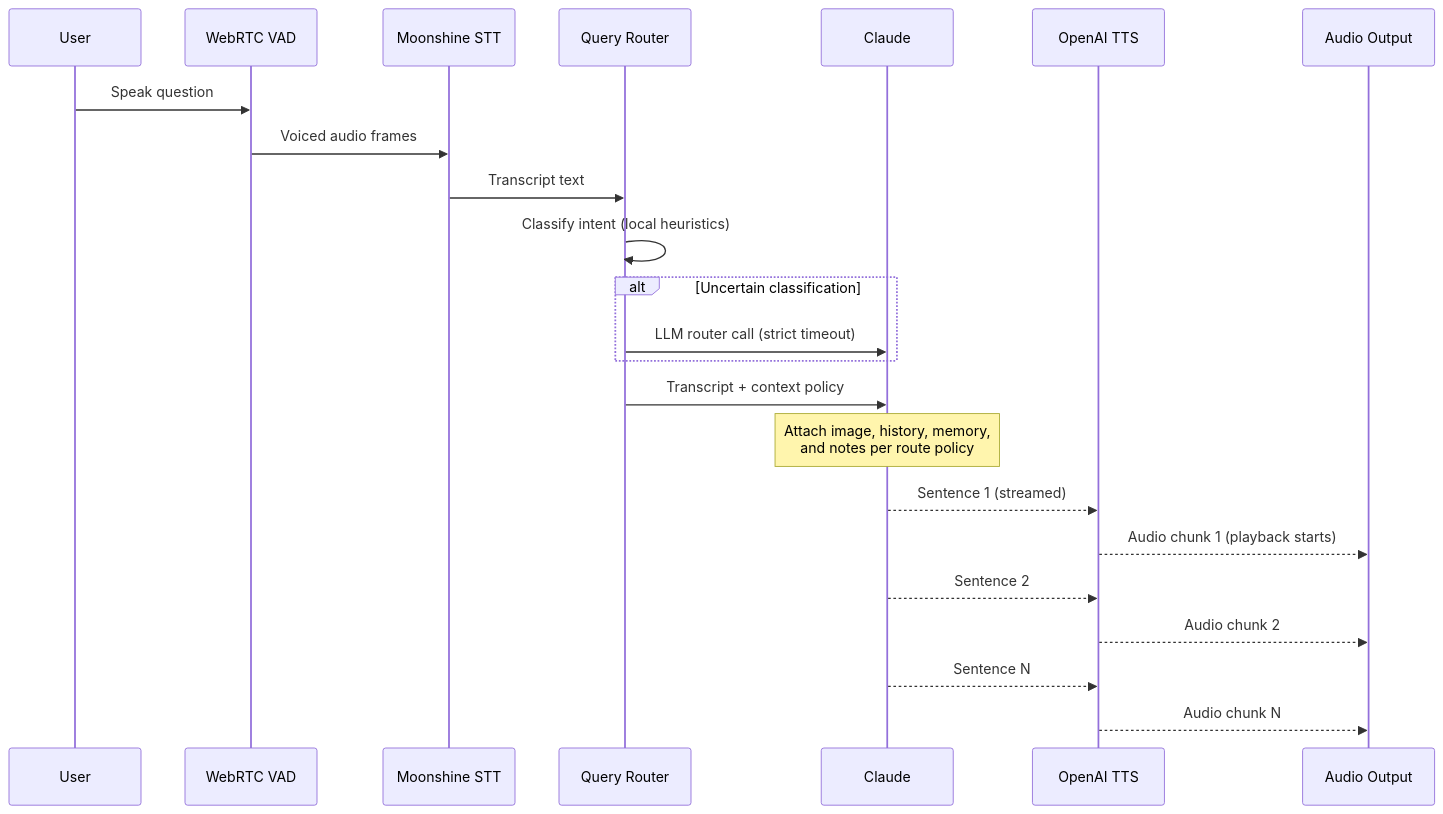
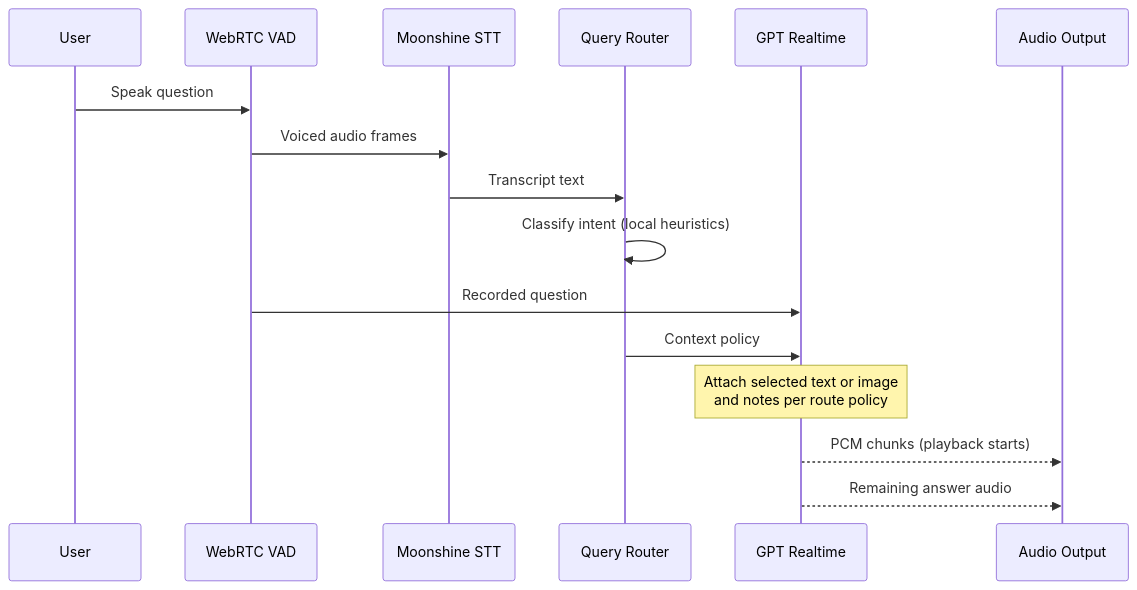
Before and after one commit to bgigurtsis/Klaus: the second of 2 diagrams in README.md, drawn with Mermaid. The commit also changed other lines of this file and 42 other files, not shown here.

````diff
--- a/README.md
+++ b/README.md
@@ -223,26 +232,19 @@
 ```mermaid
 sequenceDiagram
     participant User
     participant VAD as WebRTC VAD
     participant STT as Moonshine STT
     participant Router as Query Router
-    participant Claude
-    participant TTS as OpenAI TTS
+    participant Realtime as GPT Realtime
     participant Audio Output
 
     User->>VAD: Speak question
     VAD->>STT: Voiced audio frames
     STT->>Router: Transcript text
     Router->>Router: Classify intent (local heuristics)
-    alt Uncertain classification
-        Router->>Claude: LLM router call (strict timeout)
-    end
-    Router->>Claude: Transcript + context policy
-    Note over Claude: Attach image, history, memory,<br/>and notes per route policy
-    Claude-->>TTS: Sentence 1 (streamed)
-    TTS-->>Audio Output: Audio chunk 1 (playback starts)
-    Claude-->>TTS: Sentence 2
-    TTS-->>Audio Output: Audio chunk 2
-    Claude-->>TTS: Sentence N
-    TTS-->>Audio Output: Audio chunk N
+    VAD->>Realtime: Recorded question
+    Router->>Realtime: Context policy
+    Note over Realtime: Attach selected text or image<br/>and notes per route policy
+    Realtime-->>Audio Output: PCM chunks (playback starts)
+    Realtime-->>Audio Output: Remaining answer audio
 ```
````
